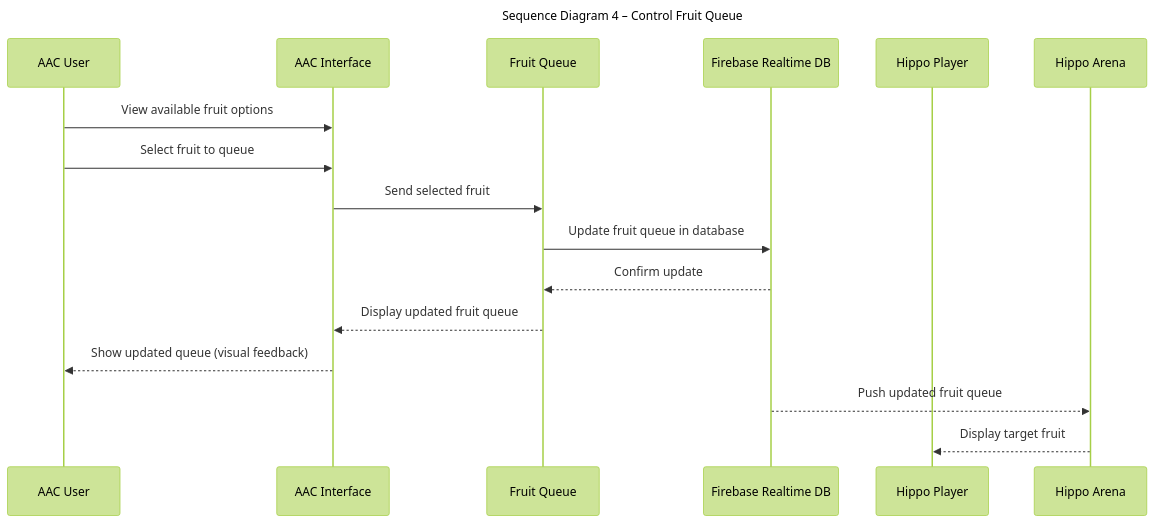
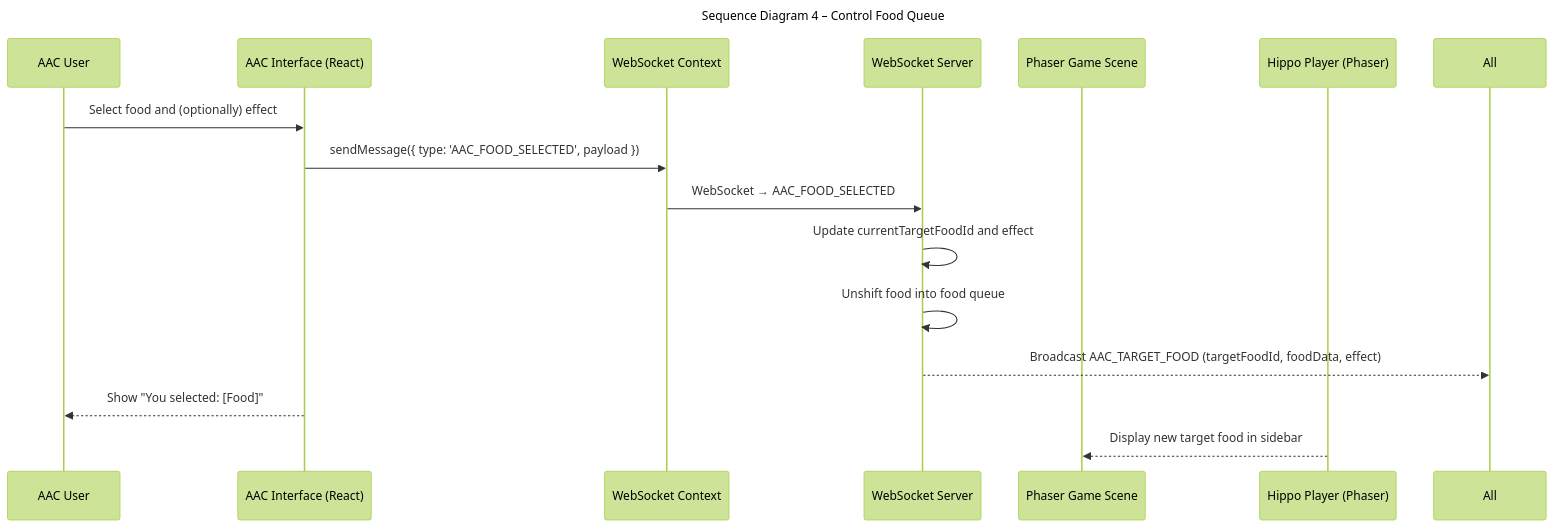
One commit to tug74295/project-acc-hungry-hippos changed the fourth of 7 diagrams in documentation/docs/system-architecture/sequence-diagrams.md. Above: the diagram before and after it, drawn with Mermaid (forest theme). The commit also changed other lines of this file and 2 other files, not shown here.

Commit message:
Updated docs system overview, usecase descriptions, and usecase 4 and 5 sequence diagram

````diff
--- a/documentation/docs/system-architecture/sequence-diagrams.md
+++ b/documentation/docs/system-architecture/sequence-diagrams.md
@@ -155,25 +156,26 @@
 ```mermaid
 ---
-title: Sequence Diagram 4 – Control Fruit Queue
+title: Sequence Diagram 4 – Control Food Queue
 ---
 
 sequenceDiagram
-participant AAC_User as AAC User
-participant AAC_Interface as AAC Interface
-participant Fruit_Queue as Fruit Queue
-participant Firebase as Firebase Realtime DB
-participant Hippo_Player as Hippo Player
-participant Hippo_Arena as Hippo Arena
+    participant AAC_User as AAC User
+    participant AAC_Interface as AAC Interface (React)
+    participant WebSocket_Client as WebSocket Context
+    participant Game_Server as WebSocket Server
+    participant Phaser_Scene as Phaser Game Scene
+    participant Hippo_Player as Hippo Player (Phaser)
 
-AAC_User->>AAC_Interface: View available fruit options
-AAC_User->>AAC_Interface: Select fruit to queue
-AAC_Interface->>Fruit_Queue: Send selected fruit
-Fruit_Queue->>Firebase: Update fruit queue in database
-Firebase-->>Fruit_Queue: Confirm update
-Fruit_Queue-->>AAC_Interface: Display updated fruit queue
-AAC_Interface-->>AAC_User: Show updated queue (visual feedback)
+    AAC_User->>AAC_Interface: Select food and (optionally) effect
+    AAC_Interface->>WebSocket_Client: sendMessage({ type: 'AAC_FOOD_SELECTED', payload })
+    WebSocket_Client->>Game_Server: WebSocket → AAC_FOOD_SELECTED
 
-Firebase-->>Hippo_Arena: Push updated fruit queue
-Hippo_Arena-->>Hippo_Player: Display target fruit
+    Game_Server->>Game_Server: Update currentTargetFoodId and effect
+    Game_Server->>Game_Server: Unshift food into food queue
+
+    Game_Server-->>All: Broadcast AAC_TARGET_FOOD (targetFoodId, foodData, effect)
+
+    AAC_Interface-->>AAC_User: Show "You selected: [Food]"
+    Hippo_Player-->>Phaser_Scene: Display new target food in sidebar
 
 ```
````
